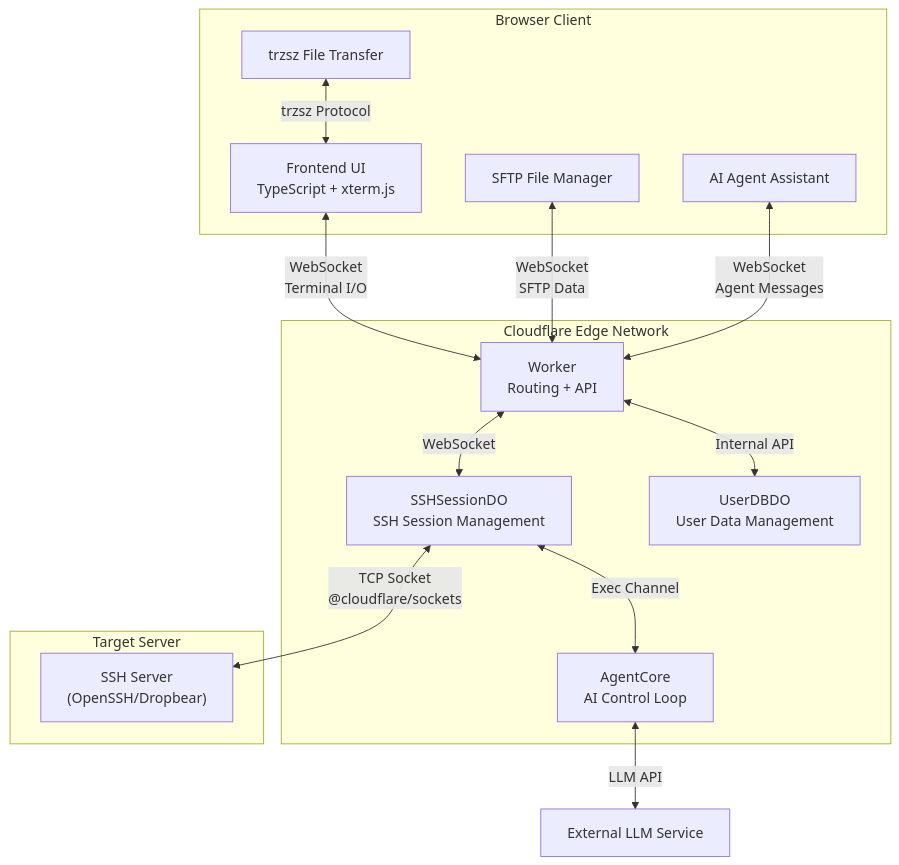
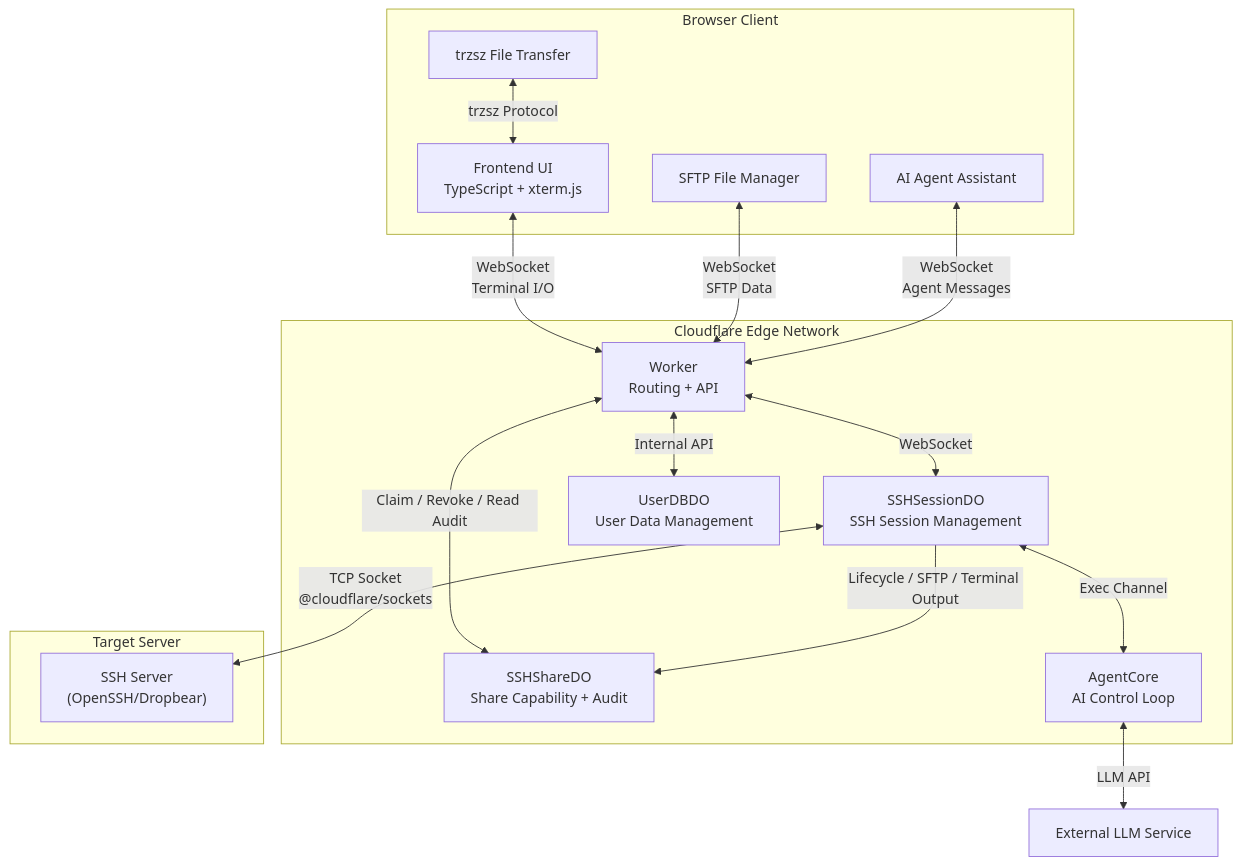
Before and after one commit to newbietan/CloudSSH: the diagram in README_en.md, drawn with Mermaid. The commit also changed other lines of this file and 21 other files, not shown here.

````diff
--- a/README_en.md
+++ b/README_en.md
@@ -114,30 +115,33 @@
 ```mermaid
 flowchart TB
     subgraph "Browser Client"
         UI["Frontend UI<br/>TypeScript + xterm.js"]
         SFTP["SFTP File Manager"]
         Agent["AI Agent Assistant"]
         Trzsz["trzsz File Transfer"]
     end
 
     subgraph "Cloudflare Edge Network"
         Worker["Worker<br/>Routing + API"]
         SSH_DO["SSHSessionDO<br/>SSH Session Management"]
         User_DO["UserDBDO<br/>User Data Management"]
+        Share_DO["SSHShareDO<br/>Share Capability + Audit"]
         AgentCore["AgentCore<br/>AI Control Loop"]
     end
 
     subgraph "Target Server"
         SSH["SSH Server<br/>(OpenSSH/Dropbear)"]
     end
 
     UI <-->|"WebSocket<br/>Terminal I/O"| Worker
     SFTP <-->|"WebSocket<br/>SFTP Data"| Worker
     Agent <-->|"WebSocket<br/>Agent Messages"| Worker
     Trzsz <-->|"trzsz Protocol"| UI
     Worker <-->|"WebSocket"| SSH_DO
     Worker <-->|"Internal API"| User_DO
+    Worker <-->|"Claim / Revoke / Read Audit"| Share_DO
+    SSH_DO -->|"Lifecycle / SFTP / Terminal Output"| Share_DO
     SSH_DO <-->|"TCP Socket<br/>@cloudflare/sockets"| SSH
     SSH_DO <-->|"Exec Channel"| AgentCore
     AgentCore <-->|"LLM API"| External["External LLM Service"]
 ```
````
